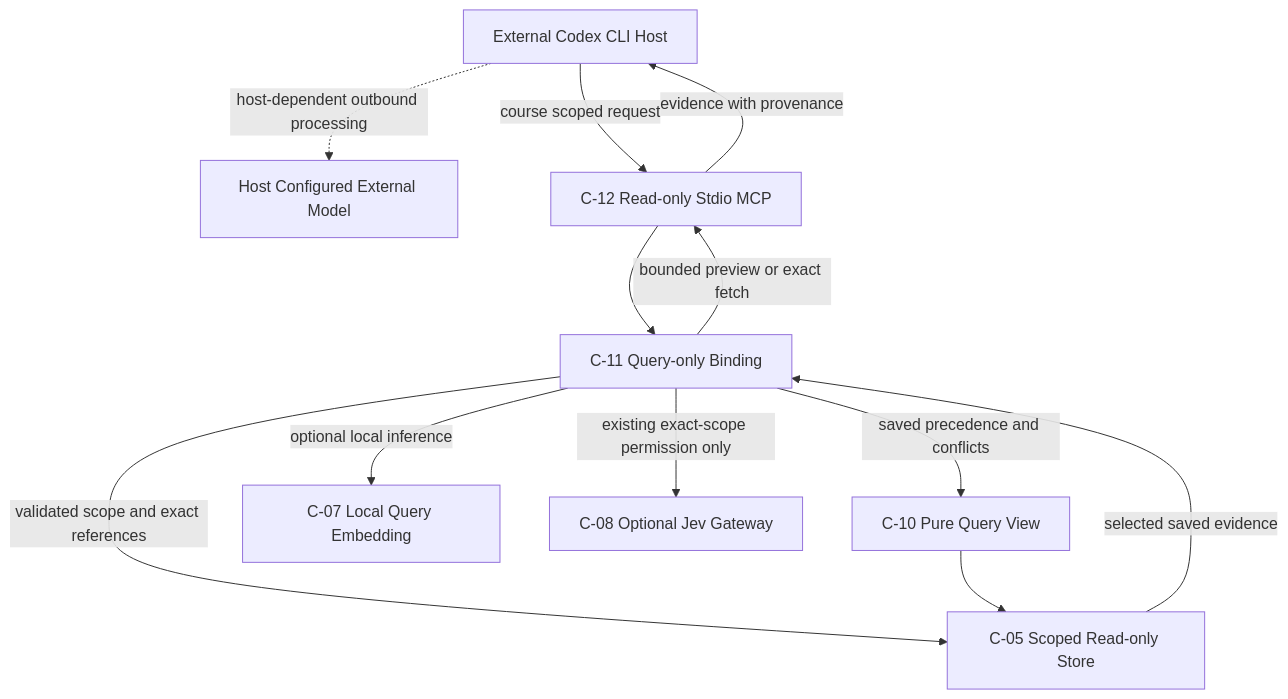
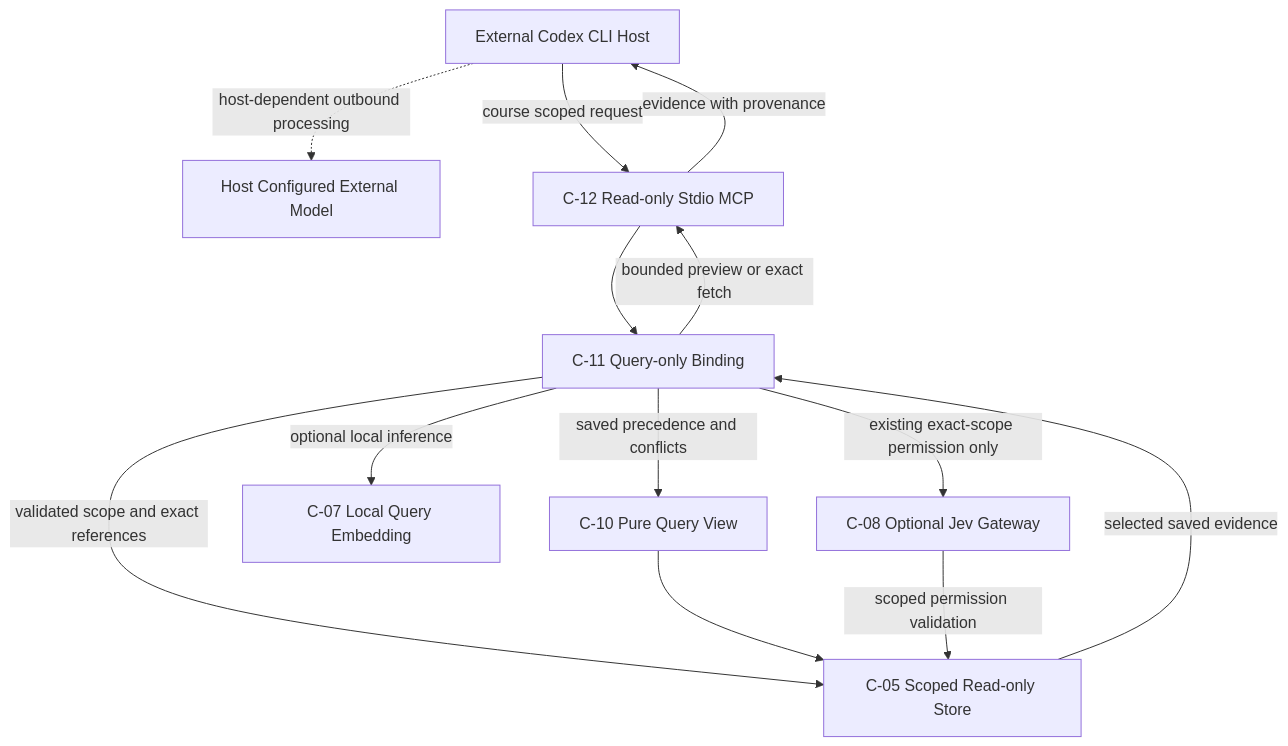
Before and after one commit to lawrencegranda/INFO-5940-project: the second of 2 diagrams in aidlc-docs/inception/application-design/component-dependency.md, drawn with Mermaid. The commit also changed other lines of this file, not shown here.

````diff
--- a/aidlc-docs/inception/application-design/component-dependency.md
+++ b/aidlc-docs/inception/application-design/component-dependency.md
@@ -139,22 +142,23 @@
 ```mermaid
 flowchart TD
     Host["External Codex CLI Host"]
     Model["Host Configured External Model"]
     C12["C-12 Read-only Stdio MCP"]
     Q11["C-11 Query-only Binding"]
     Q05["C-05 Scoped Read-only Store"]
     Q10["C-10 Pure Query View"]
     Q07["C-07 Local Query Embedding"]
     Q08["C-08 Optional Jev Gateway"]
     Host -->|course scoped request| C12
     C12 --> Q11
     Q11 -->|validated scope and exact references| Q05
     Q11 -->|saved precedence and conflicts| Q10
     Q10 --> Q05
     Q11 -->|optional local inference| Q07
     Q11 -->|existing exact-scope permission only| Q08
+    Q08 -->|scoped permission validation| Q05
     Q05 -->|selected saved evidence| Q11
     Q11 -->|bounded preview or exact fetch| C12
     C12 -->|evidence with provenance| Host
     Host -.->|host-dependent outbound processing| Model
 ```
````
